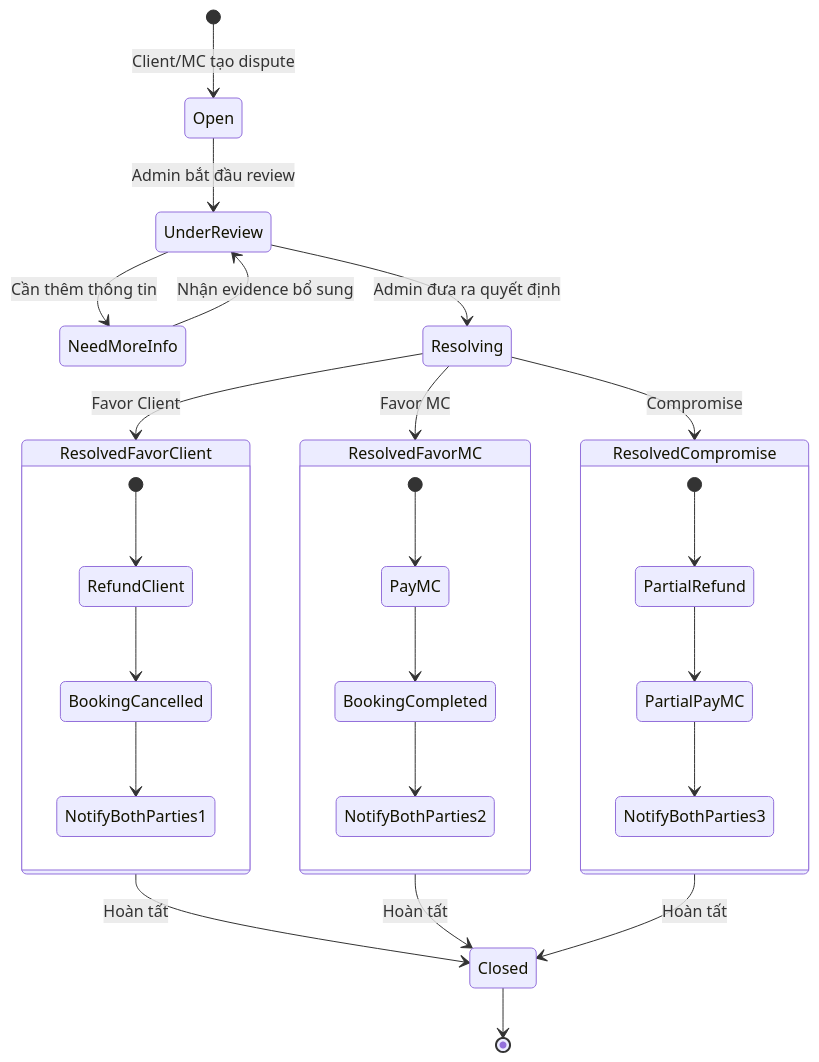
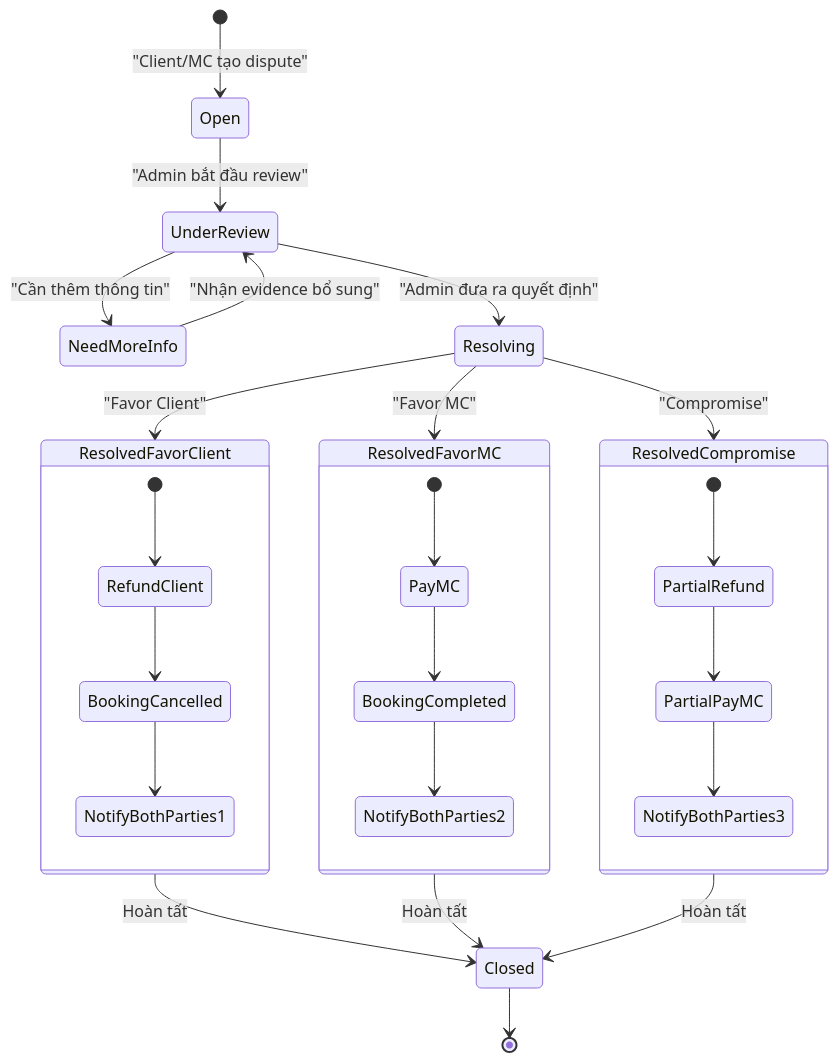
Diagram 48 of 51 in UC_Diagrams.md (dat-21/SWD392), drawn with Mermaid before and after one commit. The commit also changed other lines of this file and 2 other files, not shown here.

Commit message:
style: Standardize Mermaid state diagram transition label formatting by adding quotes and a space before the colon.

````diff
--- a/UC_Diagrams.md
+++ b/UC_Diagrams.md
@@ -1966,37 +1966,37 @@
 ```mermaid
 stateDiagram-v2
-    [*] --> Open: Client/MC tạo dispute
-
-    Open --> UnderReview: Admin bắt đầu review
-    UnderReview --> NeedMoreInfo: Cần thêm thông tin
-    NeedMoreInfo --> UnderReview: Nhận evidence bổ sung
+    [*] --> Open : "Client/MC tạo dispute"
     
-    UnderReview --> Resolving: Admin đưa ra quyết định
+    Open --> UnderReview : "Admin bắt đầu review"
+    UnderReview --> NeedMoreInfo : "Cần thêm thông tin"
+    NeedMoreInfo --> UnderReview : "Nhận evidence bổ sung"
     
-    Resolving --> ResolvedFavorClient: Favor Client
-    Resolving --> ResolvedFavorMC: Favor MC
-    Resolving --> ResolvedCompromise: Compromise
+    UnderReview --> Resolving : "Admin đưa ra quyết định"
+    
+    Resolving --> ResolvedFavorClient : "Favor Client"
+    Resolving --> ResolvedFavorMC : "Favor MC"
+    Resolving --> ResolvedCompromise : "Compromise"
 
     state ResolvedFavorClient {
         [*] --> RefundClient
         RefundClient --> BookingCancelled
         BookingCancelled --> NotifyBothParties1
     }
     
     state ResolvedFavorMC {
         [*] --> PayMC
         PayMC --> BookingCompleted
         BookingCompleted --> NotifyBothParties2
     }
     
     state ResolvedCompromise {
         [*] --> PartialRefund
         PartialRefund --> PartialPayMC
         PartialPayMC --> NotifyBothParties3
     }
 
     ResolvedFavorClient --> Closed: Hoàn tất
     ResolvedFavorMC --> Closed: Hoàn tất
     ResolvedCompromise --> Closed: Hoàn tất
     Closed --> [*]
 ```
````
